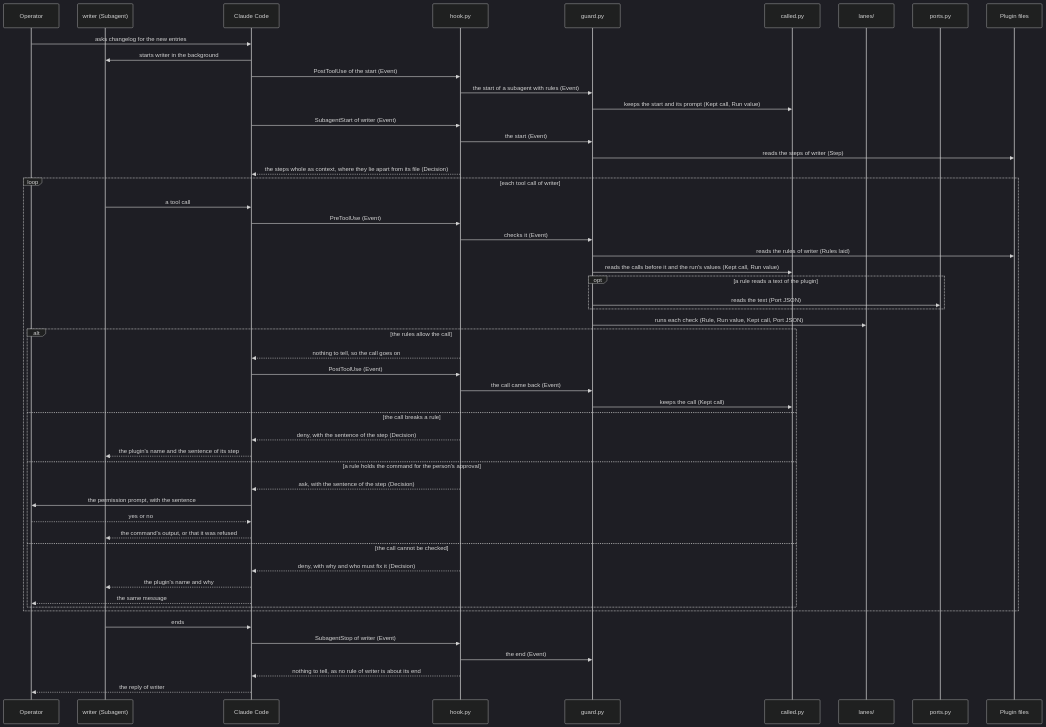
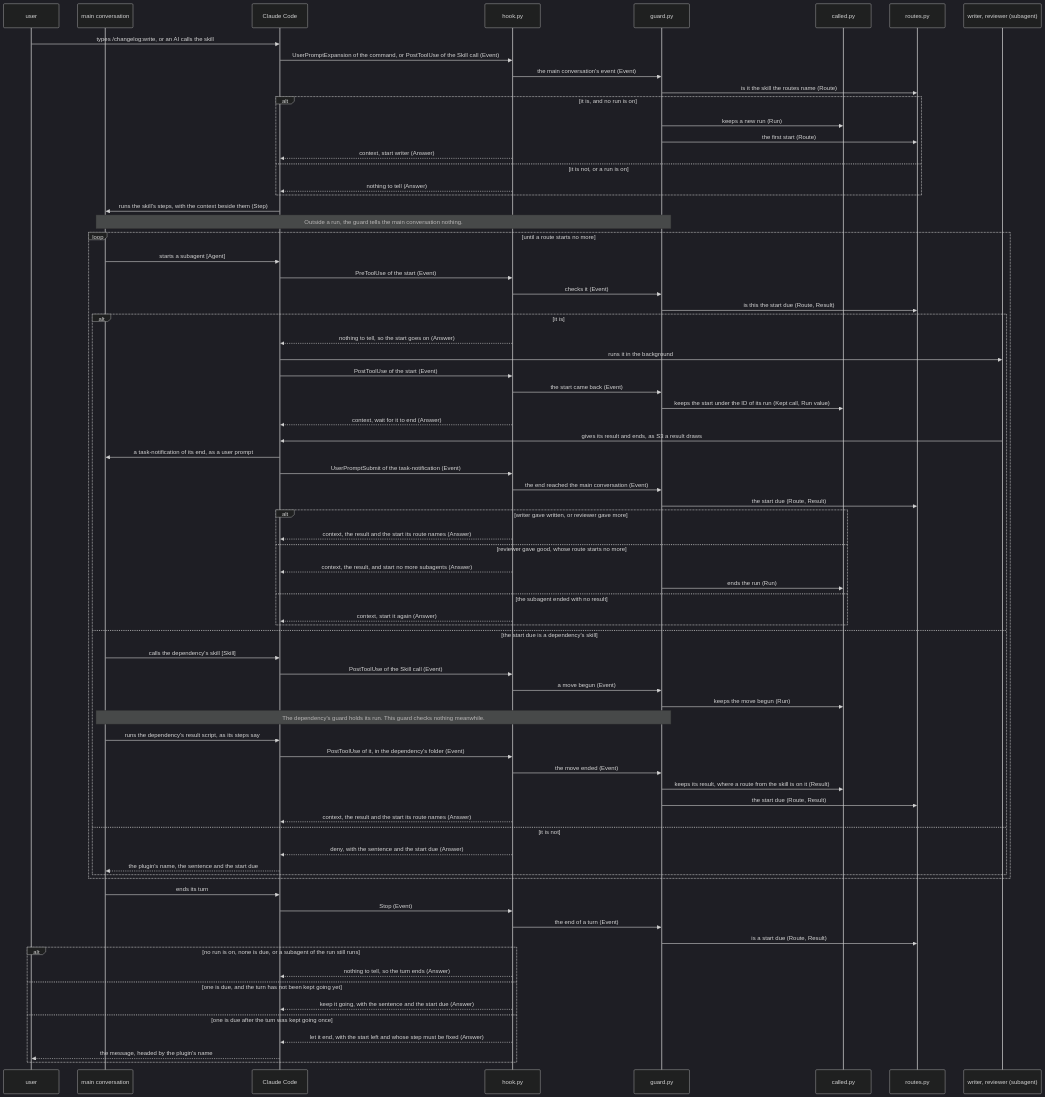
The third of 7 diagrams in dev/lane/architecture.md (lovaizu/ccpm), drawn with Mermaid (dark theme) before and after one commit. The commit also changed other lines of this file and 5 other files, not shown here.

````diff
--- a/dev/lane/architecture.md
+++ b/dev/lane/architecture.md
@@ -325,55 +363,78 @@
 ```mermaid
 sequenceDiagram
-  participant OP as Operator
-  participant SA as writer (Subagent)
+  participant U as user
+  participant M as main conversation
   participant CC as Claude Code
   participant H as hook.py
   participant G as guard.py
   participant C as called.py
-  participant LN as lanes/
-  participant PO as ports.py
-  participant PF as Plugin files
-  OP->>CC: asks changelog for the new entries
-  CC->>SA: starts writer in the background
-  CC->>H: PostToolUse of the start (Event)
-  H->>G: the start of a subagent with rules (Event)
-  G->>C: keeps the start and its prompt (Kept call, Run value)
-  CC->>H: SubagentStart of writer (Event)
-  H->>G: the start (Event)
-  G->>PF: reads the steps of writer (Step)
-  H-->>CC: the steps whole as context, where they lie apart from its file (Decision)
-  loop each tool call of writer
-    SA->>CC: a tool call
-    CC->>H: PreToolUse (Event)
+  participant RT as routes.py
+  participant S as writer, reviewer (subagent)
+  U->>CC: types /changelog:write, or an AI calls the skill
+  CC->>H: UserPromptExpansion of the command, or PostToolUse of the Skill call (Event)
+  H->>G: the main conversation's event (Event)
+  G->>RT: is it the skill the routes name (Route)
+  alt it is, and no run is on
+    G->>C: keeps a new run (Run)
+    G->>RT: the first start (Route)
+    H-->>CC: context, start writer (Answer)
+  else it is not, or a run is on
+    H-->>CC: nothing to tell (Answer)
+  end
+  CC->>M: runs the skill's steps, with the context beside them (Step)
+  Note over M,G: Outside a run, the guard tells the main conversation nothing.
+  loop until a route starts no more
+    M->>CC: starts a subagent [Agent]
+    CC->>H: PreToolUse of the start (Event)
     H->>G: checks it (Event)
-    G->>PF: reads the rules of writer (Rules laid)
-    G->>C: reads the calls before it and the run's values (Kept call, Run value)
-    opt a rule reads a text of the plugin
-      G->>PO: reads the text (Port JSON)
-    end
-    G->>LN: runs each check (Rule, Run value, Kept call, Port JSON)
-    alt the rules allow the call
-      H-->>CC: nothing to tell, so the call goes on
-      CC->>H: PostToolUse (Event)
-      H->>G: the call came back (Event)
-      G->>C: keeps the call (Kept call)
-    else the call breaks a rule
-      H-->>CC: deny, with the sentence of the step (Decision)
-      CC-->>SA: the plugin's name and the sentence of its step
-    else a rule holds the command for the person's approval
-      H-->>CC: ask, with the sentence of the step (Decision)
-      CC->>OP: the permission prompt, with the sentence
-      OP-->>CC: yes or no
-      CC-->>SA: the command's output, or that it was refused
-    else the call cannot be checked
-      H-->>CC: deny, with why and who must fix it (Decision)
-      CC-->>SA: the plugin's name and why
-      CC-->>OP: the same message
+    G->>RT: is this the start due (Route, Result)
+    alt it is
+      H-->>CC: nothing to tell, so the start goes on (Answer)
+      CC->>S: runs it in the background
+      CC->>H: PostToolUse of the start (Event)
+      H->>G: the start came back (Event)
+      G->>C: keeps the start under the ID of its run (Kept call, Run value)
+      H-->>CC: context, wait for it to end (Answer)
+      S->>CC: gives its result and ends, as S3 a result draws
+      CC->>M: a task-notification of its end, as a user prompt
+      CC->>H: UserPromptSubmit of the task-notification (Event)
+      H->>G: the end reached the main conversation (Event)
+      G->>RT: the start due (Route, Result)
+      alt writer gave written, or reviewer gave more
+        H-->>CC: context, the result and the start its route names (Answer)
+      else reviewer gave good, whose route starts no more
+        H-->>CC: context, the result, and start no more subagents (Answer)
+        G->>C: ends the run (Run)
+      else the subagent ended with no result
+        H-->>CC: context, start it again (Answer)
+      end
+    else the start due is a dependency's skill
+      M->>CC: calls the dependency's skill [Skill]
+      CC->>H: PostToolUse of the Skill call (Event)
+      H->>G: a move begun (Event)
+      G->>C: keeps the move begun (Run)
+      Note over M,G: The dependency's guard holds its run. This guard checks nothing meanwhile.
+      M->>CC: runs the dependency's result script, as its steps say
+      CC->>H: PostToolUse of it, in the dependency's folder (Event)
+      H->>G: the move ended (Event)
+      G->>C: keeps its result, where a route from the skill is on it (Result)
+      G->>RT: the start due (Route, Result)
+      H-->>CC: context, the result and the start its route names (Answer)
+    else it is not
+      H-->>CC: deny, with the sentence and the start due (Answer)
+      CC-->>M: the plugin's name, the sentence and the start due
     end
   end
-  SA->>CC: ends
-  CC->>H: SubagentStop of writer (Event)
-  H->>G: the end (Event)
-  H-->>CC: nothing to tell, as no rule of writer is about its end
-  CC-->>OP: the reply of writer
+  M->>CC: ends its turn
+  CC->>H: Stop (Event)
+  H->>G: the end of a turn (Event)
+  G->>RT: is a start due (Route, Result)
+  alt no run is on, none is due, or a subagent of the run still runs
+    H-->>CC: nothing to tell, so the turn ends (Answer)
+  else one is due, and the turn has not been kept going yet
+    H-->>CC: keep it going, with the sentence and the start due (Answer)
+  else one is due after the turn was kept going once
+    H-->>CC: let it end, with the start left and whose step must be fixed (Answer)
+    CC-->>U: the message, headed by the plugin's name
+  end
 ```
````
